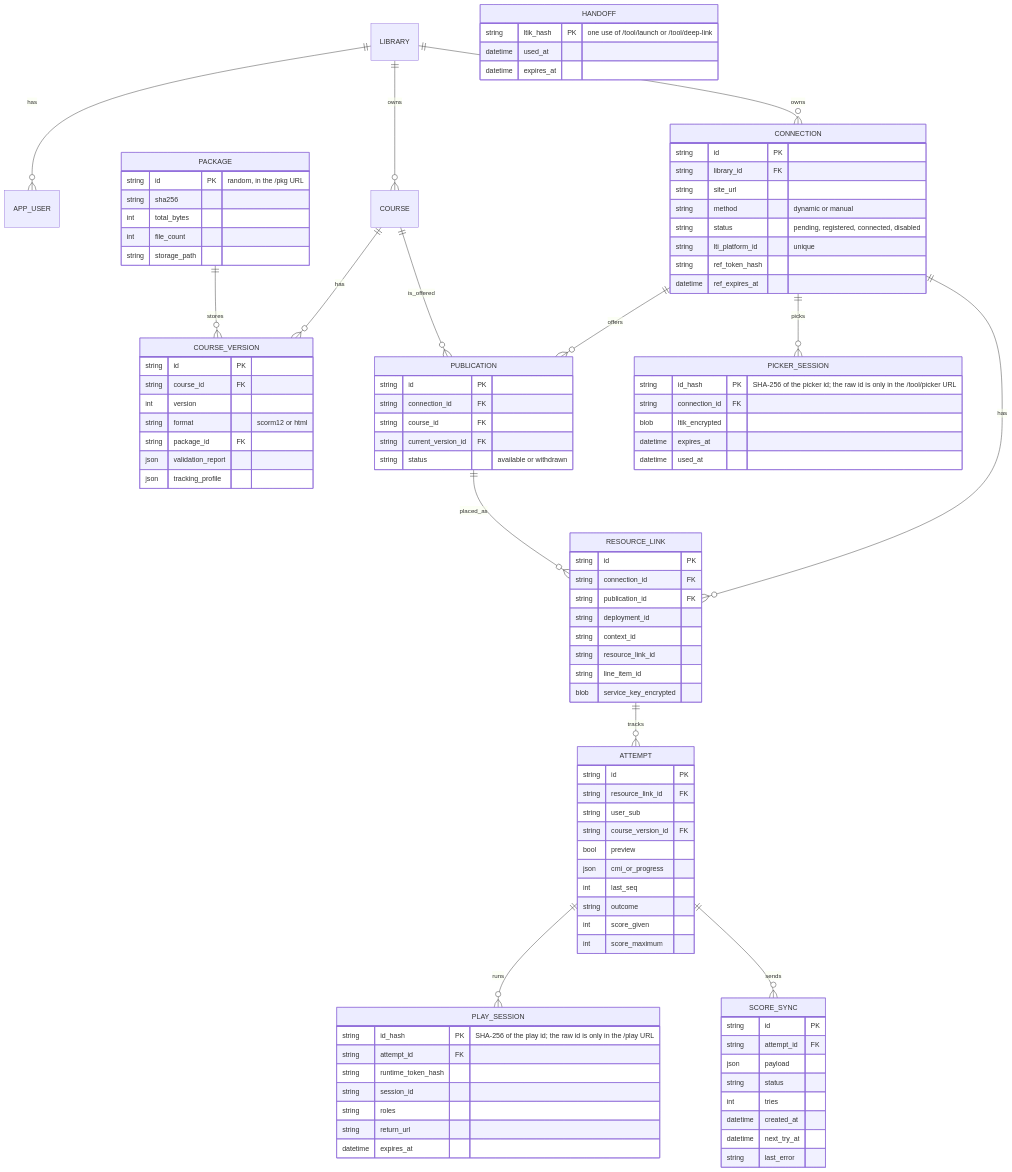
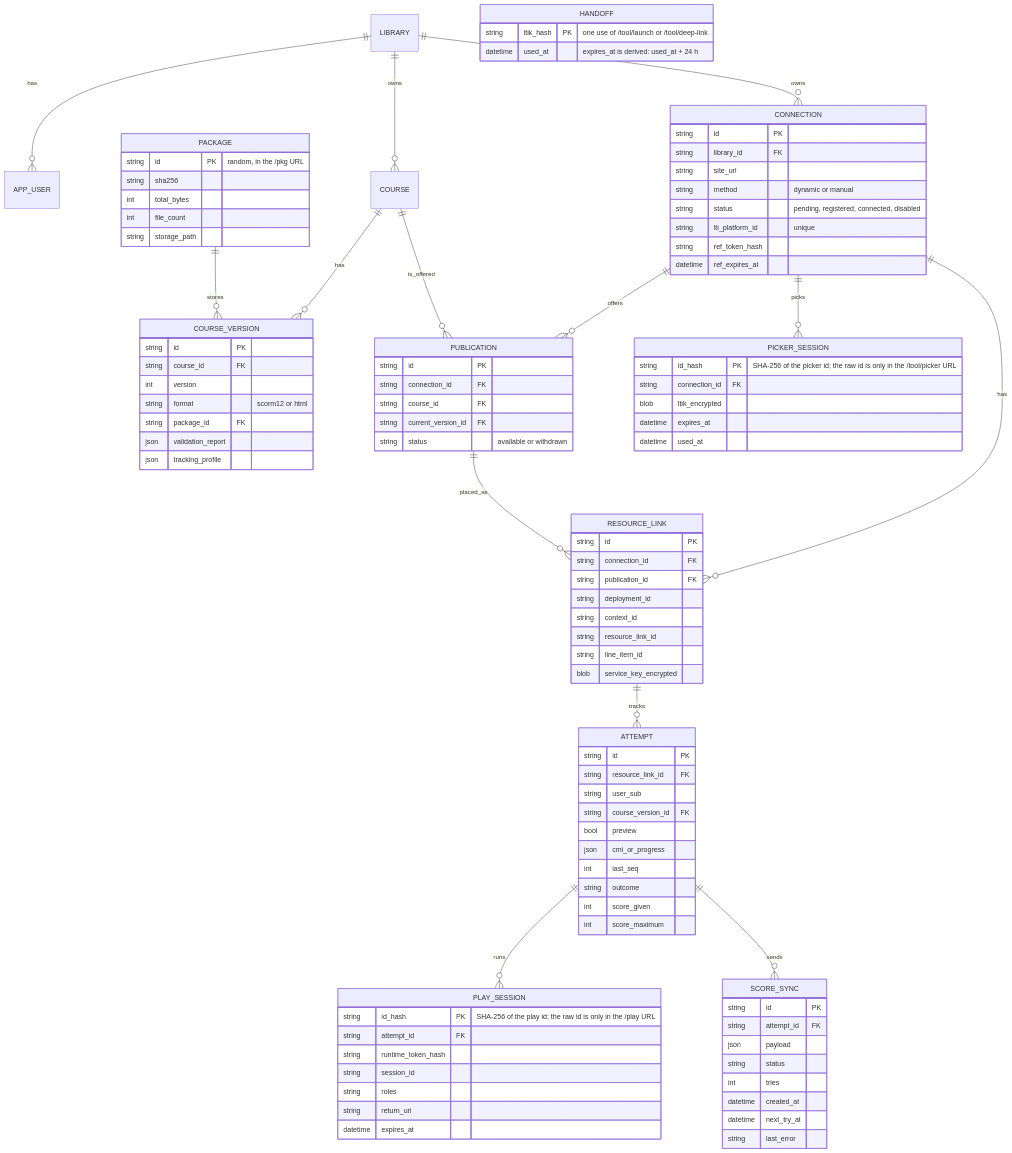
The second of 5 diagrams in docs/architecture/data-model.md (nguyenthanhquang152/cogniate_moodle_integration_prototype), drawn with Mermaid before and after one commit. The commit also changed 8 other files, not shown here.

Commit message:
Architect: T9 final conformance check at 2129b69 (no BLOCKER; MAJOR D1 fixed by Docs, P1/P2 open; Q18 Moodle in a subfolder = accepted limitation); spec fixes F4/F6/F8/A5/P8/P14, ADR-010 rule 5

```diff
--- a/docs/architecture/data-model.md
+++ b/docs/architecture/data-model.md
@@ -161,8 +161,7 @@
     }
     HANDOFF {
       string ltik_hash PK "one use of /tool/launch or /tool/deep-link"
-      datetime used_at
-      datetime expires_at
+      datetime used_at "expires_at is derived: used_at + 24 h"
     }
     RESOURCE_LINK {
       string id PK
```
